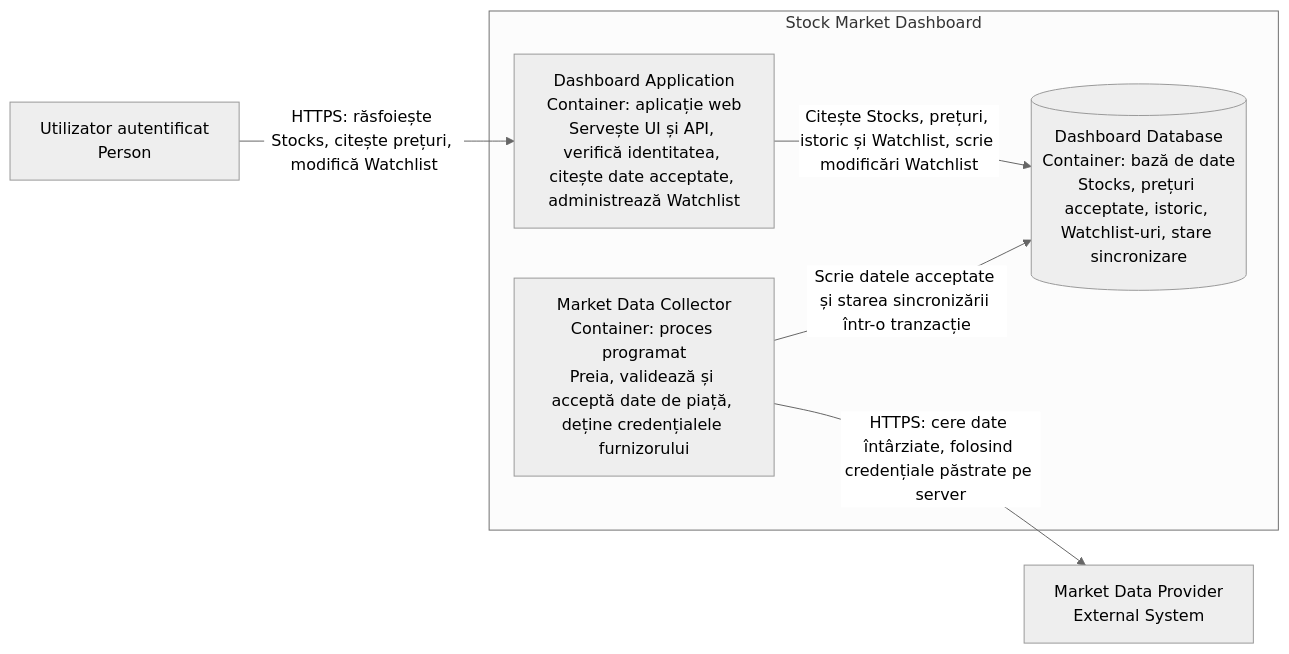
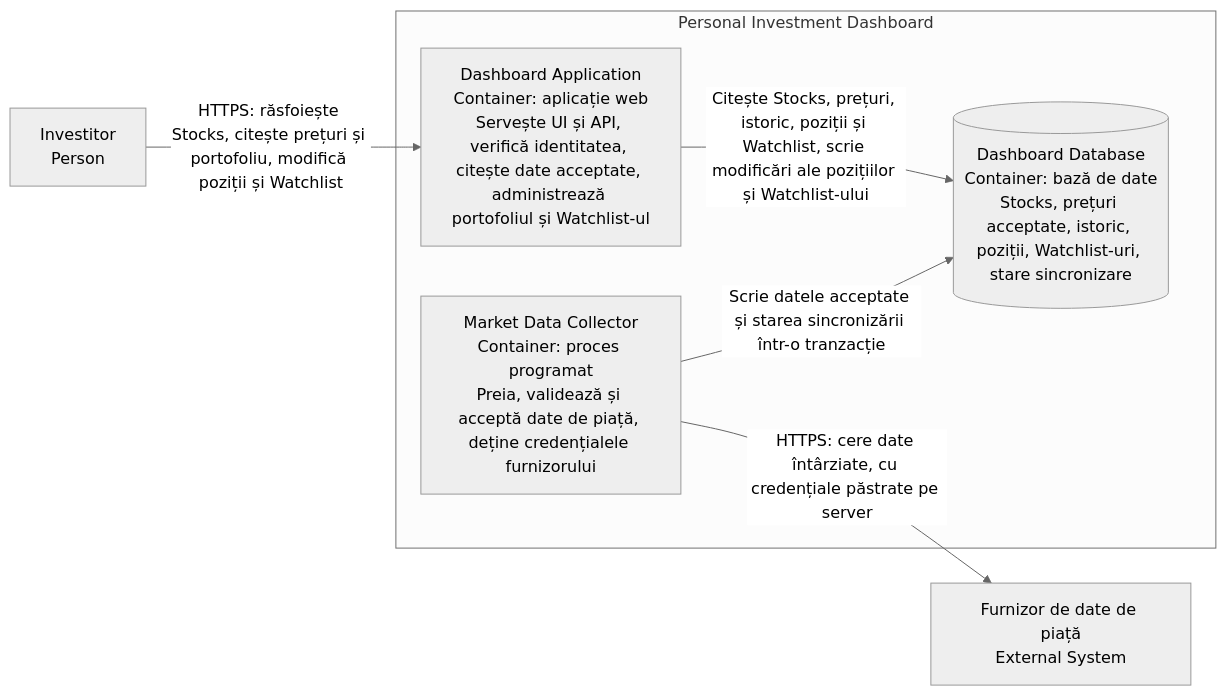
Before and after one commit to DucaAleXD/Proiectarea-sistemelor-informatice: the second of 6 diagrams in Sd/lab3/solution.md, drawn with Mermaid (neutral theme). The commit also changed other lines of this file, not shown here.

````diff
--- a/Sd/lab3/solution.md
+++ b/Sd/lab3/solution.md
@@ -68,16 +25,16 @@
 ```mermaid
 flowchart LR
-    user["Utilizator autentificat<br/>Person"]
-    provider["Market Data Provider<br/>External System"]
+    I["Investitor<br/>Person"]
+    F["Furnizor de date de piață<br/>External System"]
 
-    subgraph boundary["Stock Market Dashboard"]
-        app["Dashboard Application<br/>Container: aplicație web<br/>Servește UI și API, verifică identitatea, citește date acceptate, administrează Watchlist"]
+    subgraph boundary["Personal Investment Dashboard"]
+        app["Dashboard Application<br/>Container: aplicație web<br/>Servește UI și API, verifică identitatea, citește date acceptate, administrează portofoliul și Watchlist-ul"]
         collector["Market Data Collector<br/>Container: proces programat<br/>Preia, validează și acceptă date de piață, deține credențialele furnizorului"]
-        db[("Dashboard Database<br/>Container: bază de date<br/>Stocks, prețuri acceptate, istoric, Watchlist-uri, stare sincronizare")]
+        db[("Dashboard Database<br/>Container: bază de date<br/>Stocks, prețuri acceptate, istoric, poziții, Watchlist-uri, stare sincronizare")]
     end
 
-    user -->|"HTTPS: răsfoiește Stocks, citește prețuri, modifică Watchlist"| app
-    app -->|"Citește Stocks, prețuri, istoric și Watchlist, scrie modificări Watchlist"| db
-    collector -->|"HTTPS: cere date întârziate, folosind credențiale păstrate pe server"| provider
+    I -->|"HTTPS: răsfoiește Stocks, citește prețuri și portofoliu, modifică poziții și Watchlist"| app
+    app -->|"Citește Stocks, prețuri, istoric, poziții și Watchlist, scrie modificări ale pozițiilor și Watchlist-ului"| db
+    collector -->|"HTTPS: cere date întârziate, cu credențiale păstrate pe server"| F
     collector -->|"Scrie datele acceptate și starea sincronizării într-o tranzacție"| db
 ```
````
